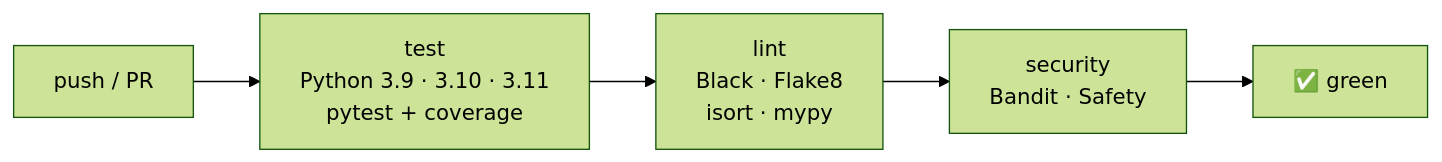
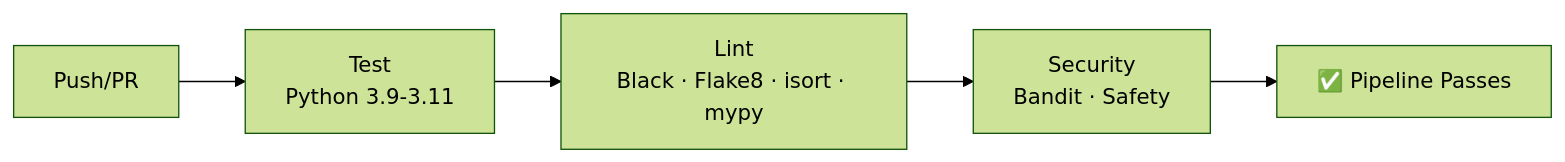
Diagram 15 of 15 in README.md (sophie-pyxis/adr_hub), drawn with Mermaid (forest theme) before and after one commit. The commit also changed other lines of this file, not shown here.

First line of the commit message:
Simplify architectural diagrams for enterprise readability

````diff
--- a/README.md
+++ b/README.md
@@ -526,7 +612,7 @@
 ```mermaid
 flowchart LR
-    PR["push / PR"] --> T
-    T["test<br/>Python 3.9 · 3.10 · 3.11<br/>pytest + coverage"] --> L
-    L["lint<br/>Black · Flake8<br/>isort · mypy"] --> S
-    S["security<br/>Bandit · Safety"] --> OK["✅ green"]
+    PR[Push/PR] --> Test[Test<br/>Python 3.9-3.11]
+    Test --> Lint[Lint<br/>Black · Flake8 · isort · mypy]
+    Lint --> Security[Security<br/>Bandit · Safety]
+    Security --> Pass[✅ Pipeline Passes]
 ```
````
